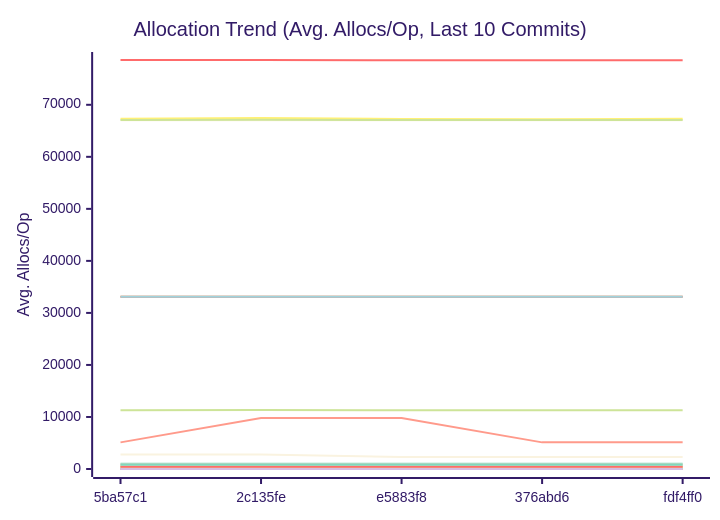
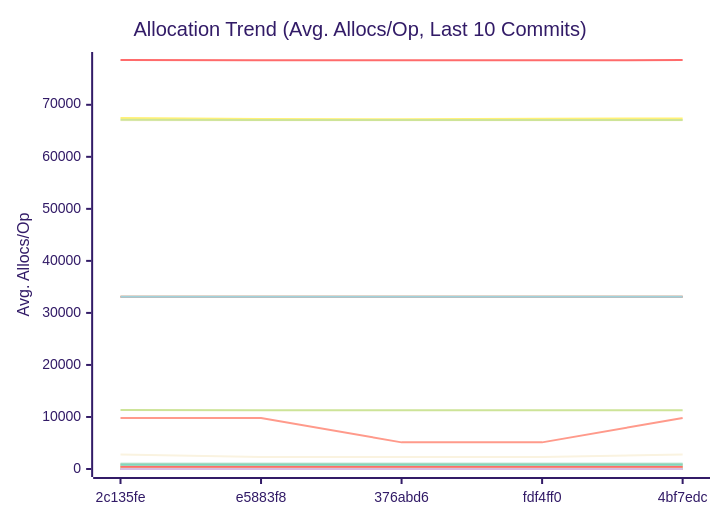
The third of 3 diagrams in docs/PERFORMANCE.md (alsotoes/momo), drawn with Mermaid (forest theme) before and after one commit. The commit also changed other lines of this file and 4 other files, not shown here.

````diff
--- a/docs/PERFORMANCE.md
+++ b/docs/PERFORMANCE.md
@@ -360,44 +359,44 @@
 ```mermaid
 xychart-beta
     title "Allocation Trend (Avg. Allocs/Op, Last 10 Commits)"
     x-axis "Commit"
     y-axis "Avg. Allocs/Op"
-    x-axis [5ba57c1,2c135fe,e5883f8,376abd6,fdf4ff0]
-    line "AWSChunkedReaderSigned" [11315,11352,11288,11282,11307,11314,11300,11307,11302,11307]
-    line "AWSChunkedReaderUnsigned" [78603,78609,78561,78569,78579,78587,78576,78613,78584,78583]
+    x-axis [2c135fe,e5883f8,376abd6,fdf4ff0,4bf7edc]
+    line "AWSChunkedReaderSigned" [11352,11288,11282,11307,11314,11300,11307,11302,11307,11334]
+    line "AWSChunkedReaderUnsigned" [78609,78561,78569,78579,78587,78576,78613,78584,78583,78611]
     line "CheckMetricsAndSwap" [0,0,0,0,0,0,0,0,0,0]
     line "CrushOptimized" [0,0,0,0,0,0,0,0,0,0]
     line "CrushOriginal" [3,3,3,3,3,3,3,3,3,3]
     line "FormatListObjectsV2XML_AppendFormat" [16,16,16,16,16,16,16,16,16,16]
     line "FormatListObjectsV2XML_OldFormat" [1000,1000,1000,1000,1000,1000,1000,1000,1000,1000]
     line "HashBytes/1MiB" [64,64,64,64,64,64,64,64,64,64]
     line "HashBytes/256MiB" [64,64,64,64,64,64,64,64,64,64]
     line "HashBytes/64MiB" [64,64,64,64,64,64,64,64,64,64]
     line "HashFile/1MiB" [33128,33128,33128,33128,33128,33128,33128,33128,33128,33128]
     line "HashFile/256MiB" [33128,33128,33128,33128,33128,33128,33128,33128,33128,33128]
     line "HashFile/64MiB" [33128,33128,33128,33128,33128,33128,33128,33128,33128,33128]
     line "IndexDirectTracking" [0,0,0,0,0,0,0,0,0,0]
     line "IndexSearch" [0,0,0,0,0,0,0,0,0,0]
     line "LastModifiedHeader_AppendFormat" [0,0,0,0,0,0,0,0,0,0]
     line "LastModifiedHeader_Format" [1,1,1,1,1,1,1,1,1,1]
     line "LoadGlobalConfig" [58,58,58,58,58,58,58,58,58,58]
-    line "LocalWrite/1MiB" [67029,67036,67031,67028,67030,67033,67040,67026,67032,67028]
-    line "LocalWrite/256MiB" [67330,67465,67275,67218,67324,67356,67435,67322,67349,67419]
-    line "LocalWrite/64MiB" [67071,67103,67070,67080,67067,67089,67097,67084,67096,67074]
+    line "LocalWrite/1MiB" [67036,67031,67028,67030,67033,67040,67026,67032,67028,67034]
+    line "LocalWrite/256MiB" [67465,67275,67218,67324,67356,67435,67322,67349,67419,67379]
+    line "LocalWrite/64MiB" [67103,67070,67080,67067,67089,67097,67084,67096,67074,67087]
     line "PadString" [1,1,1,1,1,1,1,1,1,1]
     line "ParseReplicationOrder_NoPrealloc" [6,6,6,6,6,5,5,5,5,5]
     line "ParseReplicationOrder_Prealloc" [2,2,2,2,2,1,1,1,1,1]
     line "Placement" [6,6,6,6,6,6,6,6,6,6]
     line "PlacementDomainSpread" [6,6,6,6,6,6,6,6,6,6]
-    line "ReadVerify/1MiB" [460,484,458,466,460,436,471,463,468,467]
-    line "ReadVerify/256MiB" [5120,9808,9808,5120,5120,9808,9808,9808,9808,9808]
-    line "ReadVerify/64MiB" [2776,2776,2307,2307,2307,2776,2776,2776,2776,2776]
+    line "ReadVerify/1MiB" [484,458,466,460,436,471,463,468,467,468]
+    line "ReadVerify/256MiB" [9808,9808,5120,5120,9808,9808,9808,9808,9808,9808]
+    line "ReadVerify/64MiB" [2776,2307,2307,2307,2776,2776,2776,2776,2776,3557]
     line "S3PutSpool/1MiB" [447,447,447,447,447,447,447,447,447,447]
     line "S3PutSpool/256MiB" [448,448,448,448,448,448,448,448,448,448]
     line "S3PutSpool/64MiB" [448,448,448,448,448,448,448,448,448,448]
     line "SanitizeLog/Safe" [0,0,0,0,0,0,0,0,0,0]
     line "SanitizeLog/Unsafe" [1,1,1,1,1,1,1,1,1,1]
-    line "TrustedRead/1MiB" [830,800,827,800,800,800,800,800,800,800]
-    line "TrustedRead/256MiB" [800,800,800,800,800,800,848,800,800,800]
+    line "TrustedRead/1MiB" [800,827,800,800,800,800,800,800,800,800]
+    line "TrustedRead/256MiB" [800,800,800,800,800,848,800,800,800,800]
     line "TrustedRead/64MiB" [800,800,800,800,800,800,800,800,800,800]
 ```
````
